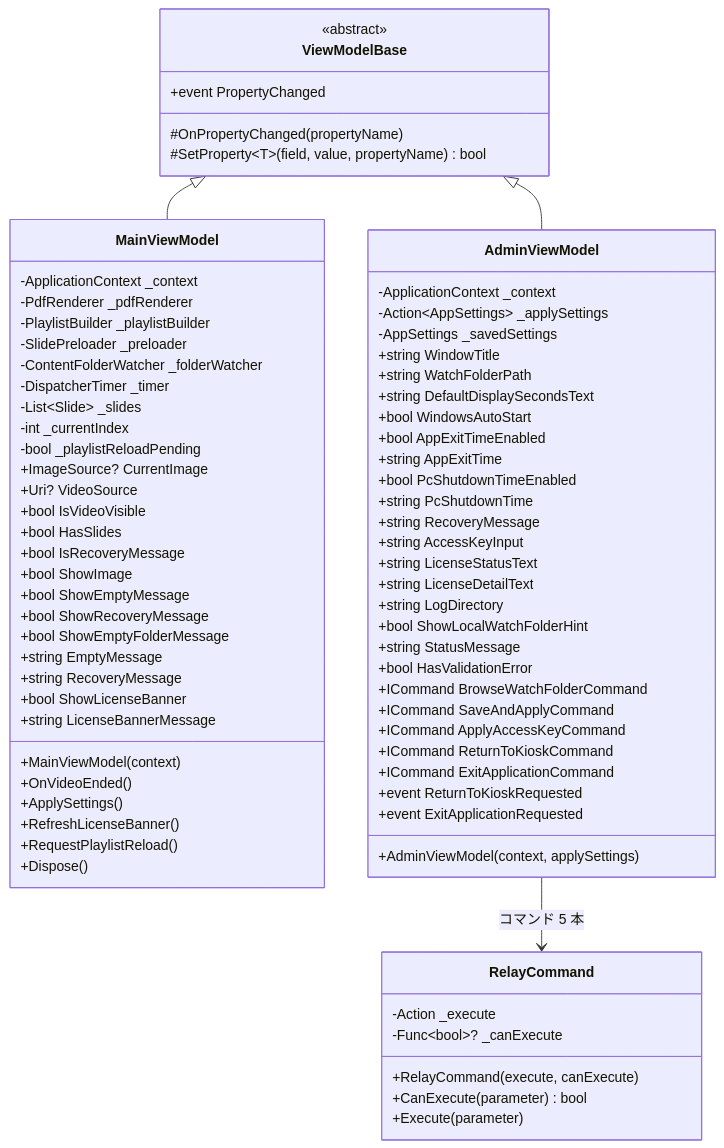
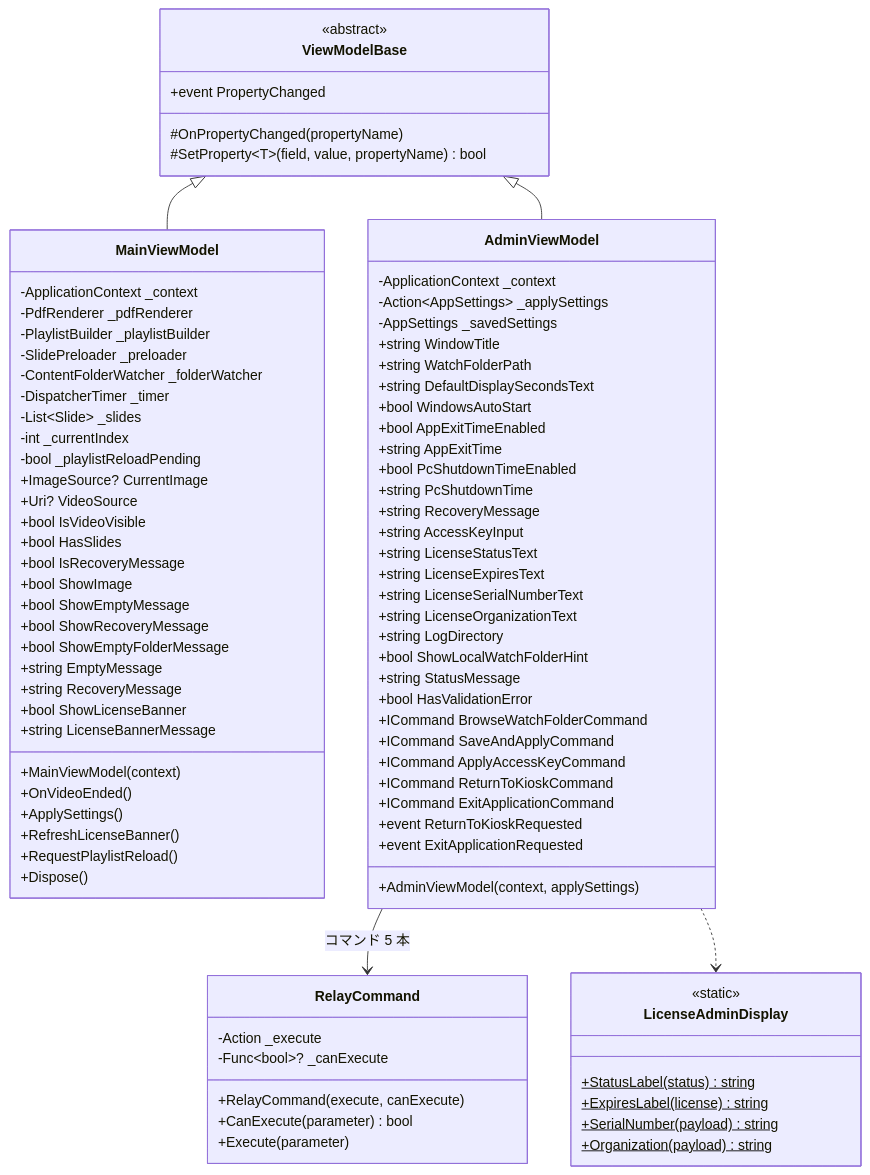
One commit to kamanori3/SimpleDigitalSignage changed the fifth of 10 diagrams in docs/クラス設計図.md. Above: the diagram before and after it, drawn with Mermaid. The commit also changed other lines of this file and 187 other files, not shown here.

````diff
--- a/docs/クラス設計図.md
+++ b/docs/クラス設計図.md
@@ -297,7 +298,9 @@
     +string RecoveryMessage
     +string AccessKeyInput
     +string LicenseStatusText
-    +string LicenseDetailText
+    +string LicenseExpiresText
+    +string LicenseSerialNumberText
+    +string LicenseOrganizationText
     +string LogDirectory
     +bool ShowLocalWatchFolderHint
     +string StatusMessage
@@ -312,7 +315,16 @@
     +AdminViewModel(context, applySettings)
   }
 
+  class LicenseAdminDisplay {
+    <<static>>
+    +StatusLabel(status)$ string
+    +ExpiresLabel(license)$ string
+    +SerialNumber(payload)$ string
+    +Organization(payload)$ string
+  }
+
   ViewModelBase <|-- MainViewModel
   ViewModelBase <|-- AdminViewModel
   AdminViewModel --> RelayCommand : コマンド 5 本
+  AdminViewModel ..> LicenseAdminDisplay
 ```
````
